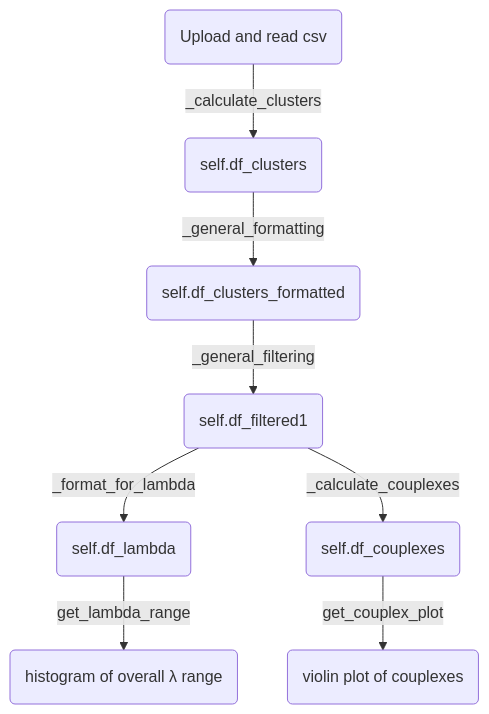
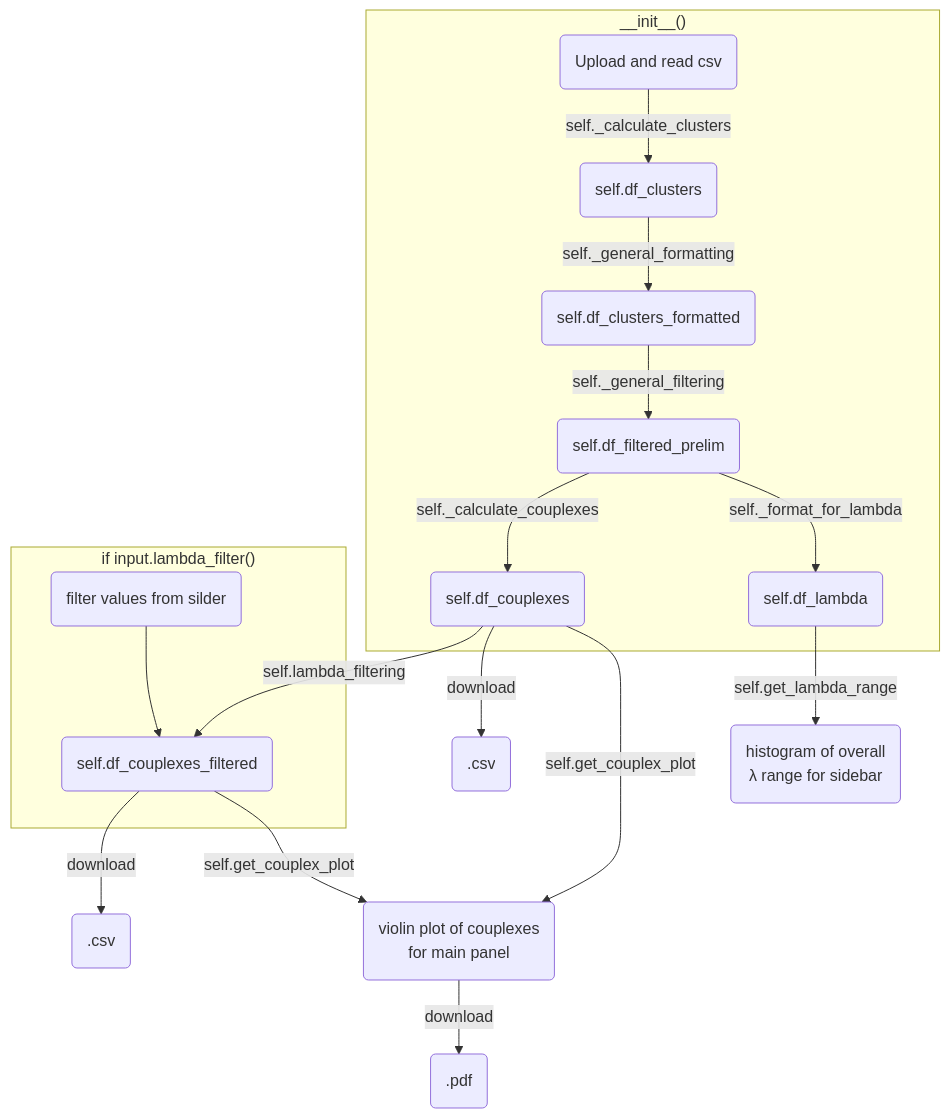
Before and after one commit to LangeTo/calculations-pico: the diagram in README.md, drawn with Mermaid. The commit also changed other lines of this file and 5 other files, not shown here.

Commit message:
Corrected lambda filtering for plots and dataframes, start documentation in readme and comment functions.

````diff
--- a/README.md
+++ b/README.md
@@ -12,21 +13,30 @@
 ```mermaid
 graph TD;
-classDef sub opacity:0.5
-classDef note fill:#7f7f6e, stroke:#000000
-    A(Upload and read csv)-->|_calculate_clusters|B(self.df_clusters);
-    B-->|_general_formatting|C(self.df_clusters_formatted);
-    C-->|_general_filtering|D(self.df_filtered1);
-    D-->|_format_for_lambda|E(self.df_lambda);
-    E-->|get_lambda_range|F(histogram of overall λ range);
-    D-->|_calculate_couplexes|H(self.df_couplexes);
-    H-->|get_couplex_plot|I(violin plot of couplexes)
+%% classDef sub opacity:0.5
+%% classDef note stroke:none
+    subgraph init ["__init__()"]
+        A(Upload and read csv)-->|self._calculate_clusters|B(self.df_clusters);
+        B-->|self._general_formatting|C(self.df_clusters_formatted);
+        C-->|self._general_filtering|D(self.df_filtered_prelim);
+        D-->|self._format_for_lambda|E(self.df_lambda);
+        D-->|self._calculate_couplexes|G(self.df_couplexes);
+    end
+        E-->|self.get_lambda_range|F(histogram of overall\nλ range for sidebar);
+        G-->|self.get_couplex_plot|H(violin plot of couplexes\n for main panel)
+        J-->|self.get_couplex_plot|H
+        H-->|download|K(.pdf)
+        G-->|download|L(.csv)
+        J-->|download|M(.csv)
+    subgraph lambda ["if input.lambda_filter()"]
+        G-->|self.lambda_filtering|J(self.df_couplexes_filtered)
+        I(filter values from silder)-->J
+    end
 
-    %% subgraph subA [" "]
-    %%     A
+    %% subgraph subinit [" "]
+    %%     init
     %%     noteA([I AM THE FIRST NOTE])
     %% end
 
-    %% class subA sub
-
+    %% class noteA note
     
 ```
````
